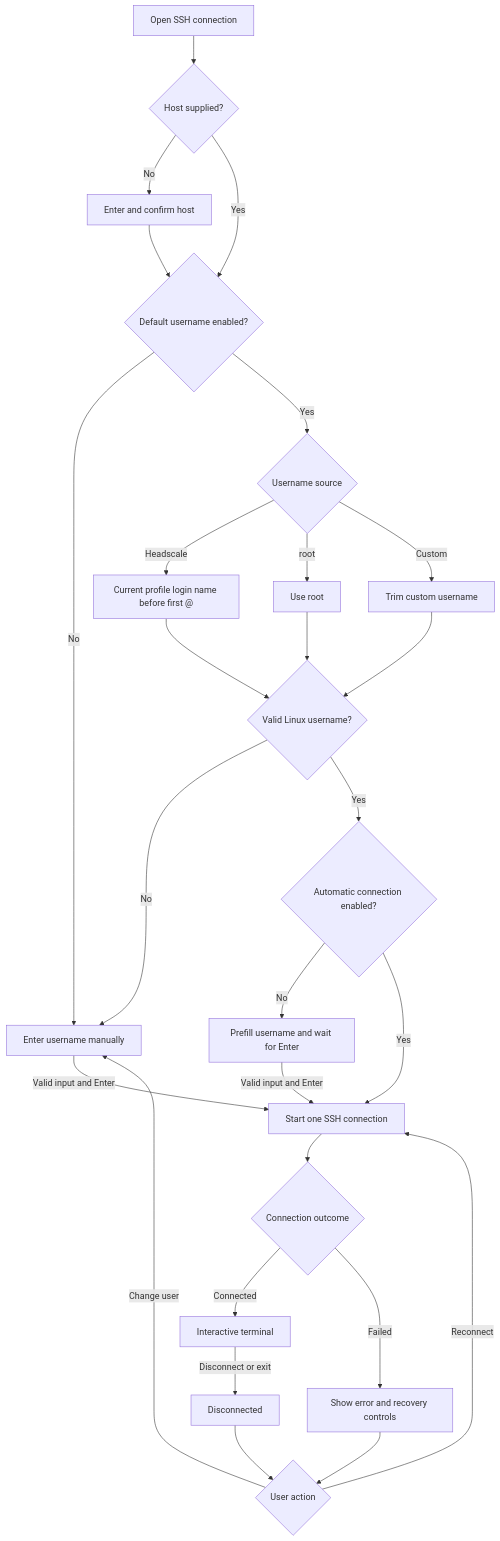
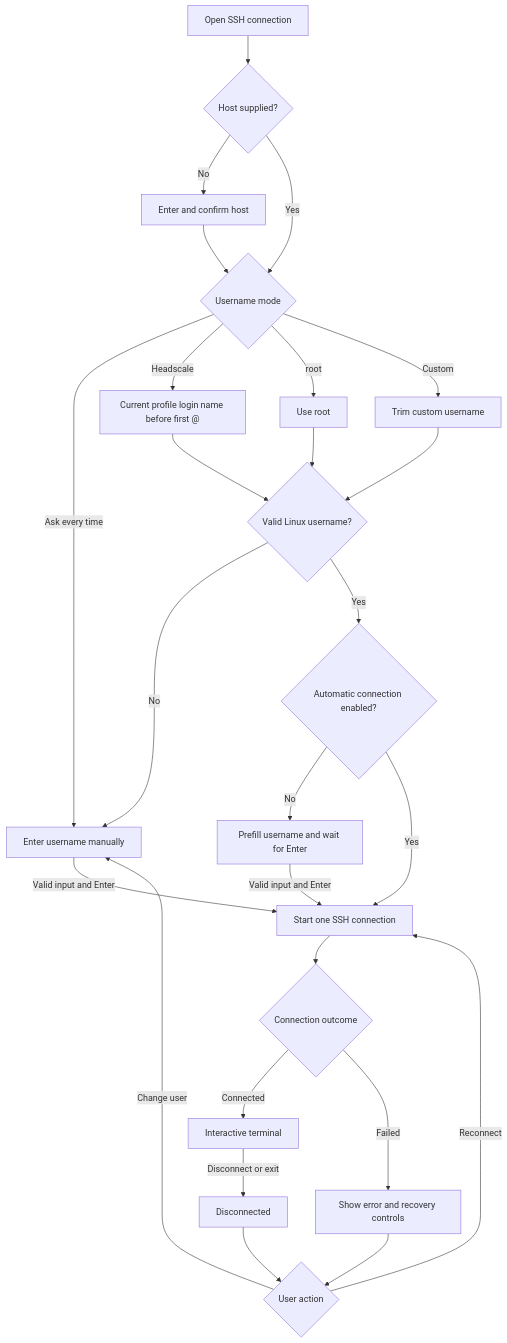
One commit to rickli-cloud/headscale-console changed the diagram in docs/proposals/ssh-quick-connect/flow.mmd. Above: the diagram before and after it, drawn with Mermaid. The commit also changed 7 other files, not shown here.

```diff
--- a/docs/proposals/ssh-quick-connect/flow.mmd
+++ b/docs/proposals/ssh-quick-connect/flow.mmd
@@ -1,27 +1,26 @@
 flowchart TD
   A[Open SSH connection] --> B{Host supplied?}
   B -->|No| C[Enter and confirm host]
-  B -->|Yes| D{Default username enabled?}
+  B -->|Yes| D{Username mode}
   C --> D
-  D -->|No| M[Enter username manually]
-  D -->|Yes| E{Username source}
-  E -->|Headscale| F[Current profile login name before first @]
-  E -->|root| G[Use root]
-  E -->|Custom| H[Trim custom username]
+  D -->|Ask every time| M[Enter username manually]
+  D -->|Headscale| F[Current profile login name before first @]
+  D -->|root| G[Use root]
+  D -->|Custom| H[Trim custom username]
   F --> I{Valid Linux username?}
   G --> I
   H --> I
   I -->|No| M
   I -->|Yes| J{Automatic connection enabled?}
   J -->|No| K[Prefill username and wait for Enter]
   J -->|Yes| L[Start one SSH connection]
   M -->|Valid input and Enter| L
   K -->|Valid input and Enter| L
   L --> N{Connection outcome}
   N -->|Connected| O[Interactive terminal]
   N -->|Failed| P[Show error and recovery controls]
   O -->|Disconnect or exit| Q[Disconnected]
   P --> R{User action}
   Q --> R
   R -->|Reconnect| L
   R -->|Change user| M
```
